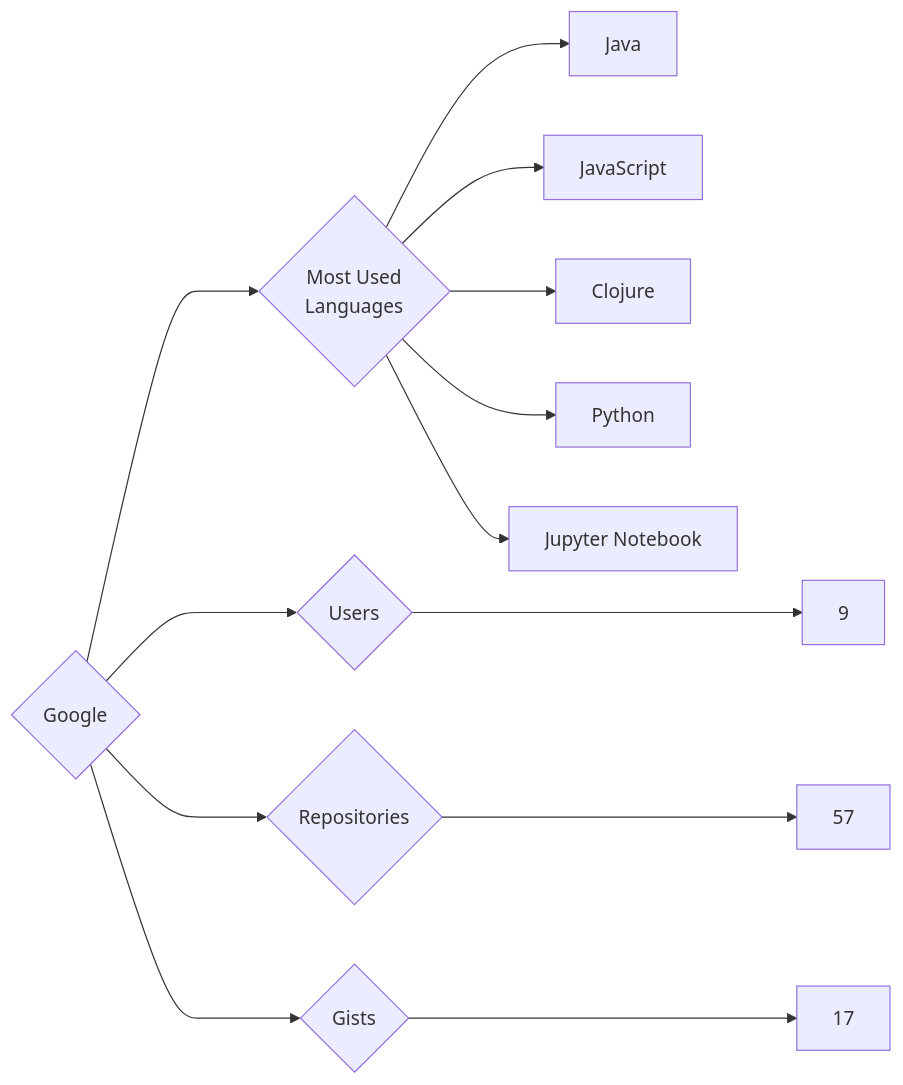
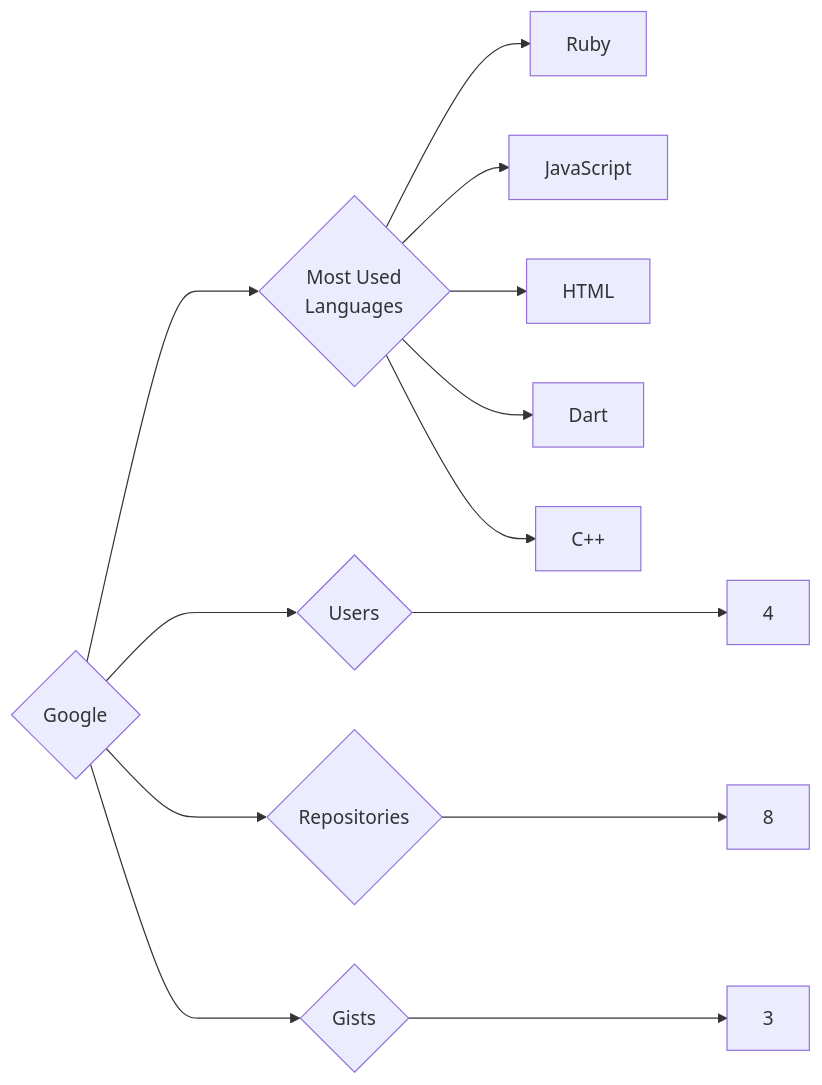
Before and after one commit to trickest/insiders: the diagram in targets/Google/README.md, drawn with Mermaid. The commit also changed 776 other files, not shown here.

````diff
--- a/targets/Google/README.md
+++ b/targets/Google/README.md
@@ -3,13 +3,13 @@
 ```mermaid
 graph LR
 COMPANY_NAME{Google}
-COMPANY_NAME ---> U{Users} ---> UN[9]
-COMPANY_NAME ---> R{Repositories} ---> RN[57]
-COMPANY_NAME ---> G{Gists} ---> GN[17]
+COMPANY_NAME ---> U{Users} ---> UN[4]
+COMPANY_NAME ---> R{Repositories} ---> RN[8]
+COMPANY_NAME ---> G{Gists} ---> GN[3]
 COMPANY_NAME ---> ML{Most Used<br>Languages}
-ML --> Java[Java]
+ML --> Ruby[Ruby]
 ML --> JavaScript[JavaScript]
-ML --> Clojure[Clojure]
-ML --> Python[Python]
-ML --> Jupyter_Notebook[Jupyter Notebook]
+ML --> HTML[HTML]
+ML --> Dart[Dart]
+ML --> C++[C++]
 ```
````
